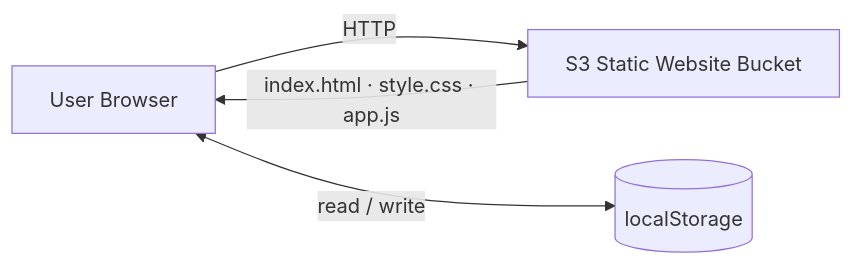
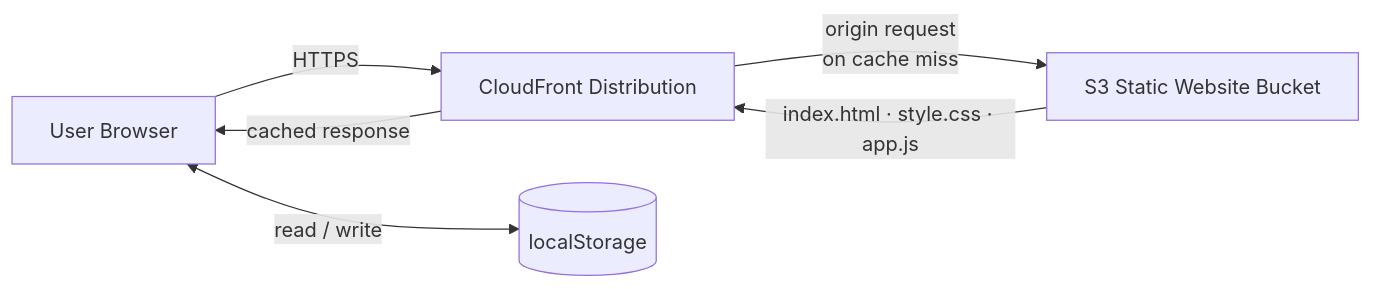
One commit to nahidacm/aws-practice-lab changed the diagram in README.md. Above: the diagram before and after it, drawn with Mermaid. The commit also changed other lines of this file, not shown here.

````diff
--- a/README.md
+++ b/README.md
@@ -98,6 +147,8 @@
 ```mermaid
 flowchart LR
-    U[User Browser] -->|HTTP| S3[S3 Static Website Bucket]
-    S3 -->|index.html · style.css · app.js| U
+    U[User Browser] -->|HTTPS| CF[CloudFront Distribution]
+    CF -->|origin request\non cache miss| S3[S3 Static Website Bucket]
+    S3 -->|index.html · style.css · app.js| CF
+    CF -->|cached response| U
     U <-->|read / write| LS[(localStorage)]
 ```
````
